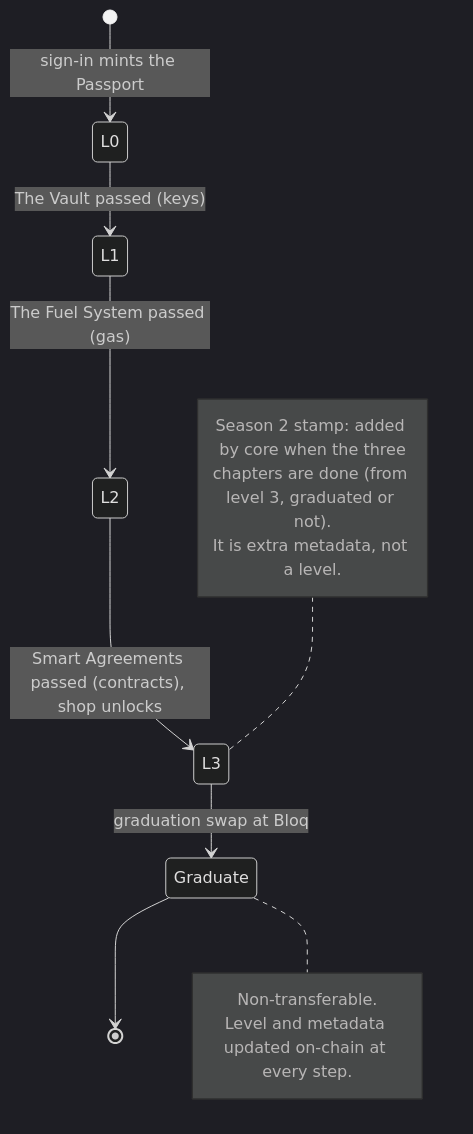
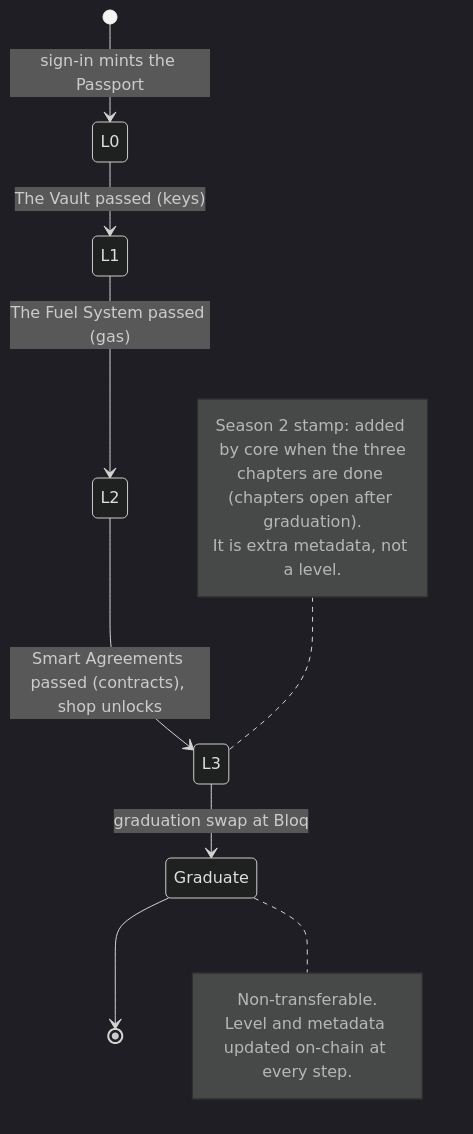
Before and after one commit to 1AdiTech1/bloqvia: the sixth of 9 diagrams in docs/FLOWS.md, drawn with Mermaid (dark theme). The commit also changed other lines of this file and 1 other file, not shown here.

First line of the commit message:
README and FLOWS: graduation opens Season 2, the Season 2 reveal

````diff
--- a/docs/FLOWS.md
+++ b/docs/FLOWS.md
@@ -165,18 +165,18 @@
 ```mermaid
 stateDiagram-v2
     [*] --> L0: sign-in mints the Passport
     L0 --> L1: The Vault passed (keys)
     L1 --> L2: The Fuel System passed (gas)
     L2 --> L3: Smart Agreements passed (contracts), shop unlocks
     L3 --> Graduate: graduation swap at Bloq
     Graduate --> [*]
     note right of Graduate
         Non-transferable.
         Level and metadata updated on-chain at every step.
     end note
     note left of L3
         Season 2 stamp: added by core when the three
-        chapters are done (from level 3, graduated or not).
+        chapters are done (chapters open after graduation).
         It is extra metadata, not a level.
     end note
 ```
````
